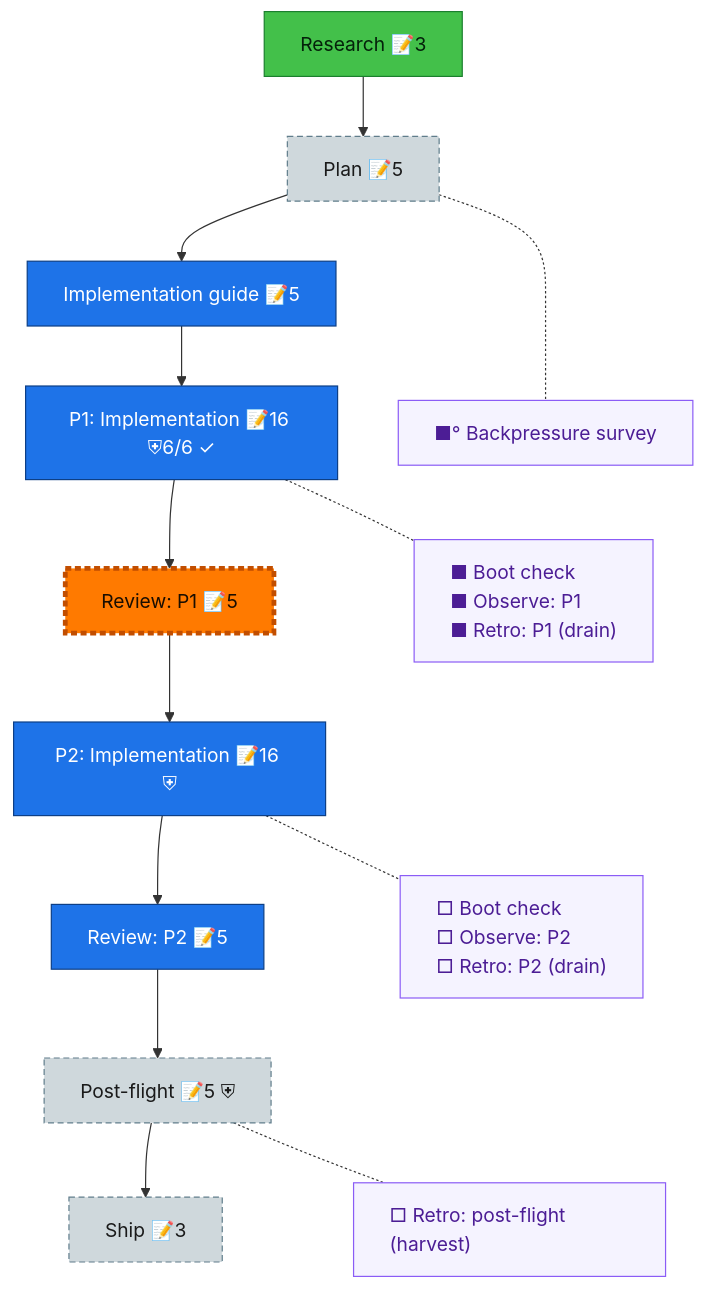
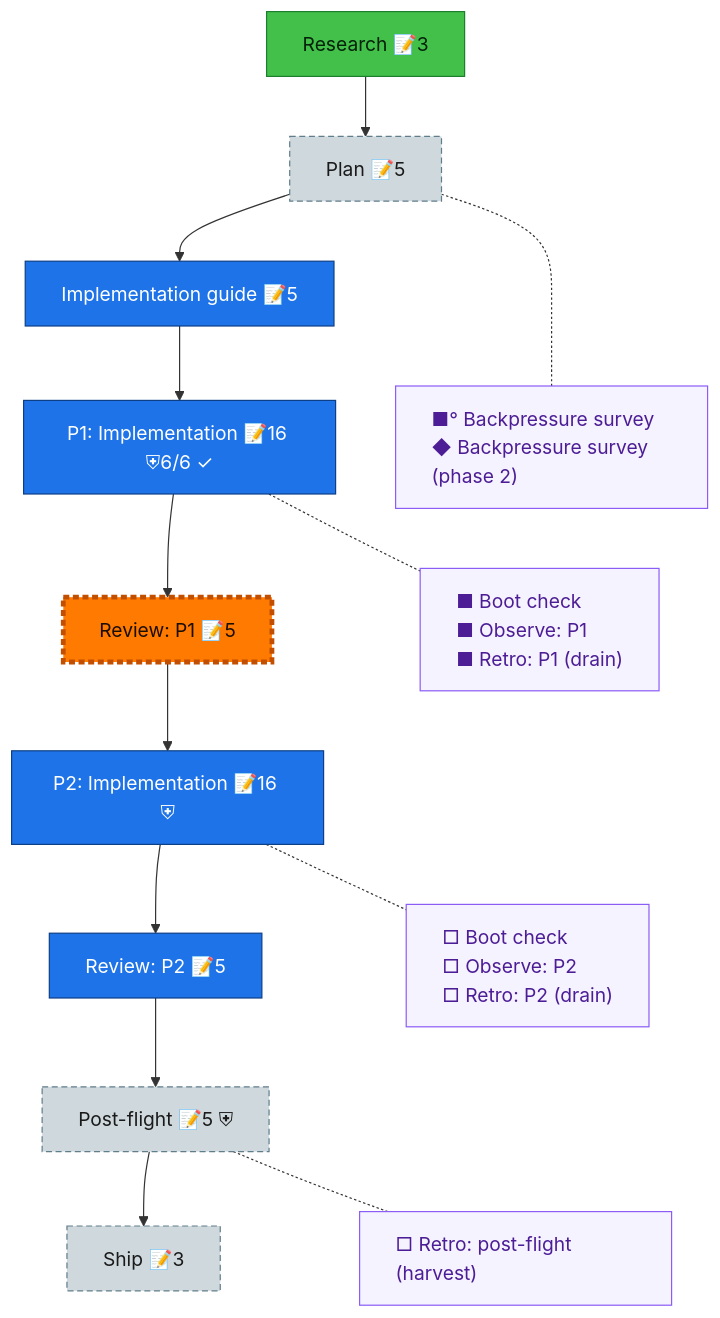
One commit to AI-Substrate/Unisphere changed the diagram in docs/plans/028-prep-canonical-tables/the-flow.md. Above: the diagram before and after it, drawn with Mermaid. The commit also changed other lines of this file and 8 other files, not shown here.

First line of the commit message:
docs(plan-028): guide v3 (phase 2 roster), phase-2 tasks, backpressure refresh, p2 decomposition reviewer packet

````diff
--- a/docs/plans/028-prep-canonical-tables/the-flow.md
+++ b/docs/plans/028-prep-canonical-tables/the-flow.md
@@ -8,35 +8,35 @@
 ```mermaid
 flowchart TD
     research["Research 📝3"]:::wip
     plan["Plan 📝5"]:::assumed
     impl_guide["Implementation guide 📝5"]:::known
     phase_1["P1: Implementation 📝16 ⛨6/6 ✓"]:::known
     review_1["Review: P1 📝5"]:::assumed
     phase_2["P2: Implementation 📝16 ⛨"]:::known
     review_2["Review: P2 📝5"]:::known
     post_flight["Post-flight 📝5 ⛨"]:::assumed
     ship["Ship 📝3"]:::assumed
 
     research --> plan --> impl_guide --> phase_1 --> review_1 --> phase_2 --> review_2 --> post_flight --> ship
 
-    planC["■° Backpressure survey"]:::chore
+    planC["■° Backpressure survey<br/>◆ Backpressure survey (phase 2)"]:::chore
     phase_1C["■ Boot check<br/>■ Observe: P1<br/>■ Retro: P1 (drain)"]:::chore
     phase_2C["□ Boot check<br/>□ Observe: P2<br/>□ Retro: P2 (drain)"]:::chore
     post_flightC["□ Retro: post-flight (harvest)"]:::chore
 
     %% invisible chain holds the gutter boxes in their own column
     planC ~~~ phase_1C ~~~ phase_2C ~~~ post_flightC
 
     %% dotted links pull each gutter box beside its node
     plan -.- planC
     phase_1 -.- phase_1C
     phase_2 -.- phase_2C
     post_flight -.- post_flightC
 
     classDef wip fill:#43C04A,stroke:#1B7F2E,color:#04210A;
     classDef known fill:#1E73E8,stroke:#0D3F86,color:#fff;
     classDef assumed fill:#CFD8DC,stroke:#607D8B,color:#1a1a1a,stroke-dasharray:5 3;
     classDef chore fill:#f5f3ff,stroke:#8b5cf6,color:#4c1d95,text-align:left;
     classDef current fill:#FF7A00,stroke:#C24E00,color:#1a0e00,stroke-width:4px;
     class review_1 current;
 ```
````
